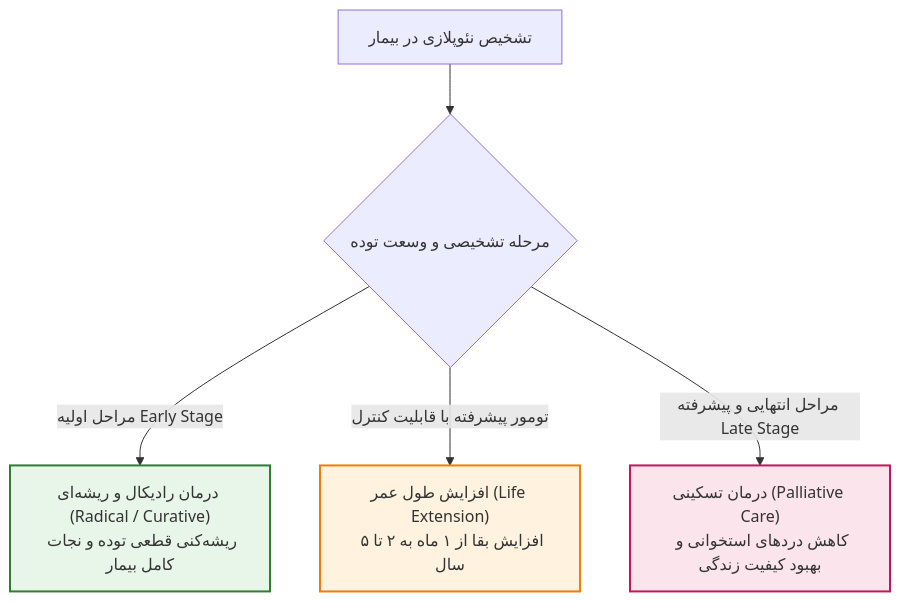
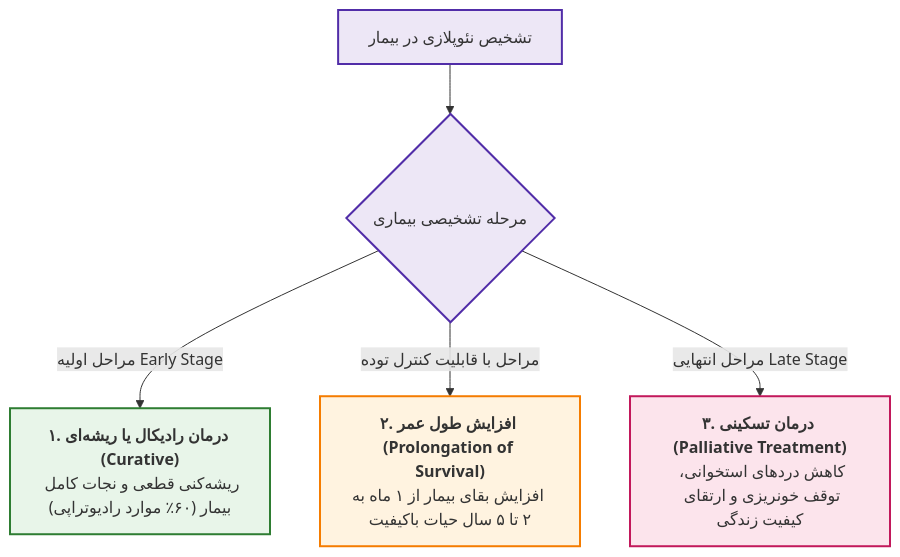
Before and after one commit to neopulse-hub/-TUMS-1402-2-material-notes-: the ninth of 13 diagrams in 05/فیزیک پزشکی/پایان‌ترم/رادیوتراپی.md, drawn with Mermaid. The commit also changed other lines of this file, not shown here.

````diff
--- a/05/فیزیک پزشکی/پایان‌ترم/رادیوتراپی.md
+++ b/05/فیزیک پزشکی/پایان‌ترم/رادیوتراپی.md
@@ -41,13 +291,21 @@
 ```mermaid
 flowchart TD
-    A["تشخیص نئوپلازی در بیمار"] --> B{"مرحله تشخیصی و وسعت توده"}
-    B -->|مراحل اولیه Early Stage| C["درمان رادیکال و ریشه‌ای (Radical / Curative)<br>ریشه‌کنی قطعی توده و نجات کامل بیمار"]
-    B -->|تومور پیشرفته با قابلیت کنترل| D["افزایش طول عمر (Life Extension)<br>افزایش بقا از ۱ ماه به ۲ تا ۵ سال"]
-    B -->|مراحل انتهایی و پیشرفته Late Stage| E["درمان تسکینی (Palliative Care)<br>کاهش دردهای استخوانی و بهبود کیفیت زندگی"]
-    classDef rad fill:#e8f5e9,stroke:#2e7d32,stroke-width:2px;
-    classDef ext fill:#fff3e0,stroke:#f57c00,stroke-width:2px;
-    classDef pal fill:#fce4ec,stroke:#c2185b,stroke-width:2px;
-    class C rad;
-    class D ext;
-    class E pal;
+
+A["تشخیص نئوپلازی در بیمار"] --> B{"مرحله تشخیصی بیماری"}
+
+B -->|مراحل اولیه Early Stage| C["<b>۱. درمان رادیکال یا ریشه‌ای (Curative)</b><br>ریشه‌کنی قطعی و نجات کامل بیمار (۶۰٪ موارد رادیوتراپی)"]
+
+B -->|مراحل با قابلیت کنترل توده| D["<b>۲. افزایش طول عمر (Prolongation of Survival)</b><br>افزایش بقای بیمار از ۱ ماه به ۲ تا ۵ سال حیات باکیفیت"]
+
+B -->|مراحل انتهایی Late Stage| E["<b>۳. درمان تسکینی (Palliative Treatment)</b><br>کاهش دردهای استخوانی، توقف خونریزی و ارتقای کیفیت زندگی"]
+
+classDef nodeMain fill:#ede7f6,stroke:#512da8,stroke-width:2px;
+classDef rad fill:#e8f5e9,stroke:#2e7d32,stroke-width:2px;
+classDef ext fill:#fff3e0,stroke:#f57c00,stroke-width:2px;
+classDef pal fill:#fce4ec,stroke:#c2185b,stroke-width:2px;
+
+class A,B nodeMain;
+class C rad;
+class D ext;
+class E pal;
 ```
````
